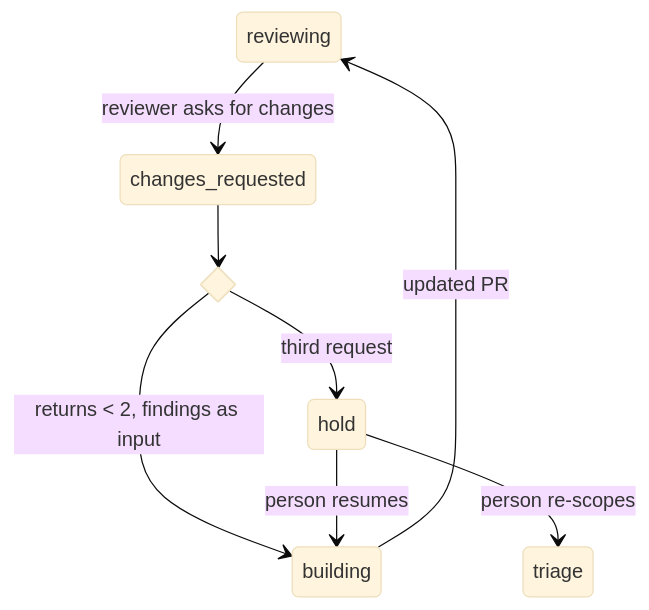
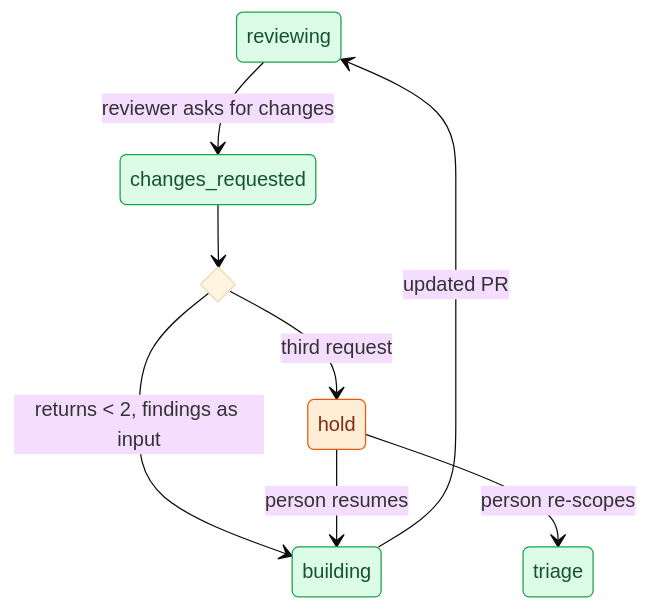
Before and after one commit to icelink-ai/software-factory-manifesto: the diagram in docs/05-verification/return-loop.md, drawn with Mermaid (base theme). The commit also changed other lines of this file and 73 other files, not shown here.

````diff
--- a/docs/05-verification/return-loop.md
+++ b/docs/05-verification/return-loop.md
@@ -27,11 +38,18 @@
 ```mermaid
 stateDiagram-v2
     reviewing --> changes_requested: reviewer asks for changes
     state count <<choice>>
     changes_requested --> count
     count --> building: returns < 2, findings as input
     count --> hold: third request
     building --> reviewing: updated PR
     hold --> building: person resumes
     hold --> triage: person re-scopes
+    class reviewing,changes_requested,building,triage state
+    class hold stop
+    classDef person fill:#dbeafe,stroke:#2563eb,color:#1e3a8a
+    classDef script fill:#f1f5f9,stroke:#64748b,color:#0f172a
+    classDef agent fill:#ede9fe,stroke:#7c3aed,color:#4c1d95
+    classDef state fill:#dcfce7,stroke:#16a34a,color:#14532d
+    classDef stop fill:#ffedd5,stroke:#ea580c,color:#7c2d12
 ```
````
